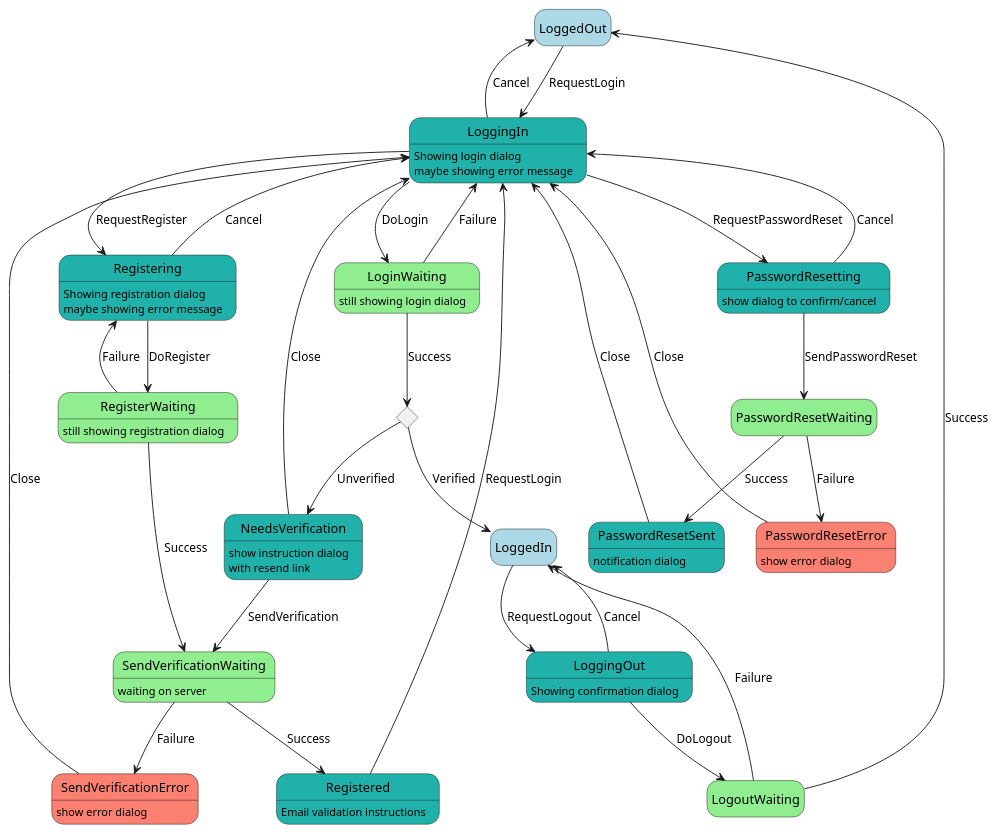
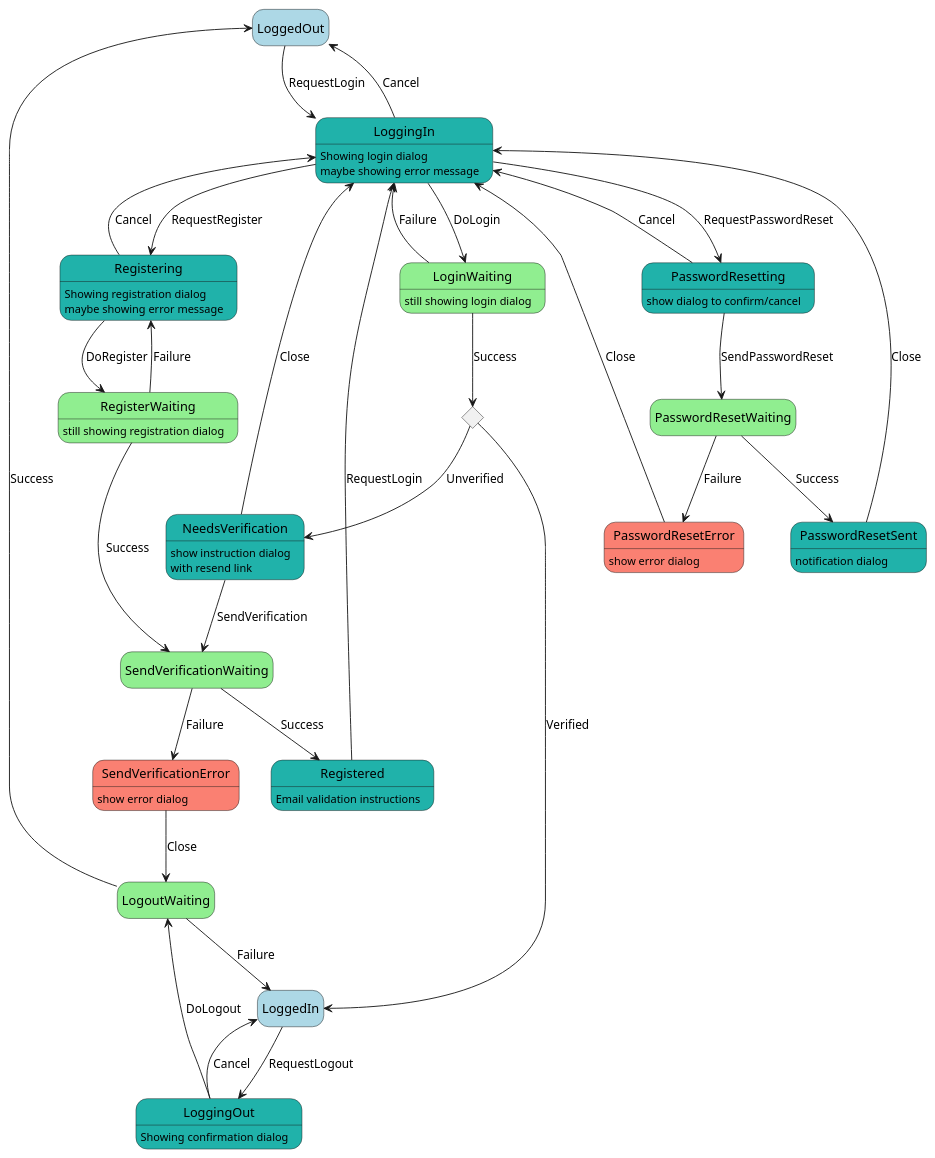
One commit to Zer0-Vector/swn-faction-tracker changed the diagram in design/user management/Login Logout.plantuml. Above: the diagram before and after it, drawn with PlantUML.

Commit message:
update transition from SendVerificationError

```diff
--- a/design/user management/Login Logout.plantuml
+++ b/design/user management/Login Logout.plantuml
@@ -1,56 +1,56 @@
 @startuml Login Logout States
 hide empty description
 
 state LoggedOut #LightBlue
 state LoggingIn #LightSeaGreen : Showing login dialog
 LoggingIn : maybe showing error message
 state LoginWaiting #LightGreen : still showing login dialog
 state LoggingOut #LightSeaGreen : Showing confirmation dialog
 state LogoutWaiting #LightGreen
 state Registering #LightSeaGreen : Showing registration dialog
 Registering : maybe showing error message
 state Registered #LightSeaGreen : Email validation instructions
 state RegisterWaiting #LightGreen
 RegisterWaiting: still showing registration dialog
 state verify <<choice>>
 state NeedsVerification #LightSeaGreen : show instruction dialog\nwith resend link
-state SendVerificationWaiting #LightGreen : waiting on server
+state SendVerificationWaiting #LightGreen
 state SendVerificationError #Salmon : show error dialog
 state LoggedIn #LightBlue
 state PasswordResetting #LightSeaGreen : show dialog to confirm/cancel
 state PasswordResetWaiting #LightGreen
 state PasswordResetError #Salmon : show error dialog
 state PasswordResetSent #LightSeaGreen : notification dialog
 
 LoggedOut --> LoggingIn : RequestLogin
 LoggingIn --> LoginWaiting : DoLogin
 LoginWaiting --> verify : Success
 verify --> LoggedIn : Verified
 verify --> NeedsVerification : Unverified
 NeedsVerification --> LoggingIn : Close
 NeedsVerification --> SendVerificationWaiting : SendVerification
 LoggingIn --> LoggedOut : Cancel
 LoggedIn --> LoggingOut : RequestLogout
 LoggingOut --> LoggedIn : Cancel
 LoggingOut --> LogoutWaiting : DoLogout
 LogoutWaiting --> LoggedOut : Success
 LogoutWaiting --> LoggedIn : Failure
 LoginWaiting --> LoggingIn : Failure
 LoggingIn --> Registering : RequestRegister
 Registering --> RegisterWaiting : DoRegister
 RegisterWaiting --> SendVerificationWaiting : Success
-SendVerificationError --> LoggingIn : Close
 RegisterWaiting --> Registering : Failure
 Registered --> LoggingIn : RequestLogin
 Registering --> LoggingIn : Cancel
 SendVerificationWaiting --> SendVerificationError : Failure
 SendVerificationWaiting --> Registered : Success
 LoggingIn --> PasswordResetting : RequestPasswordReset
 PasswordResetting --> LoggingIn : Cancel
 PasswordResetting --> PasswordResetWaiting : SendPasswordReset
 PasswordResetWaiting --> PasswordResetSent : Success
 PasswordResetWaiting --> PasswordResetError : Failure
 PasswordResetSent --> LoggingIn : Close
 PasswordResetError --> LoggingIn : Close
+SendVerificationError --> LogoutWaiting : Close
 
 @enduml
```
